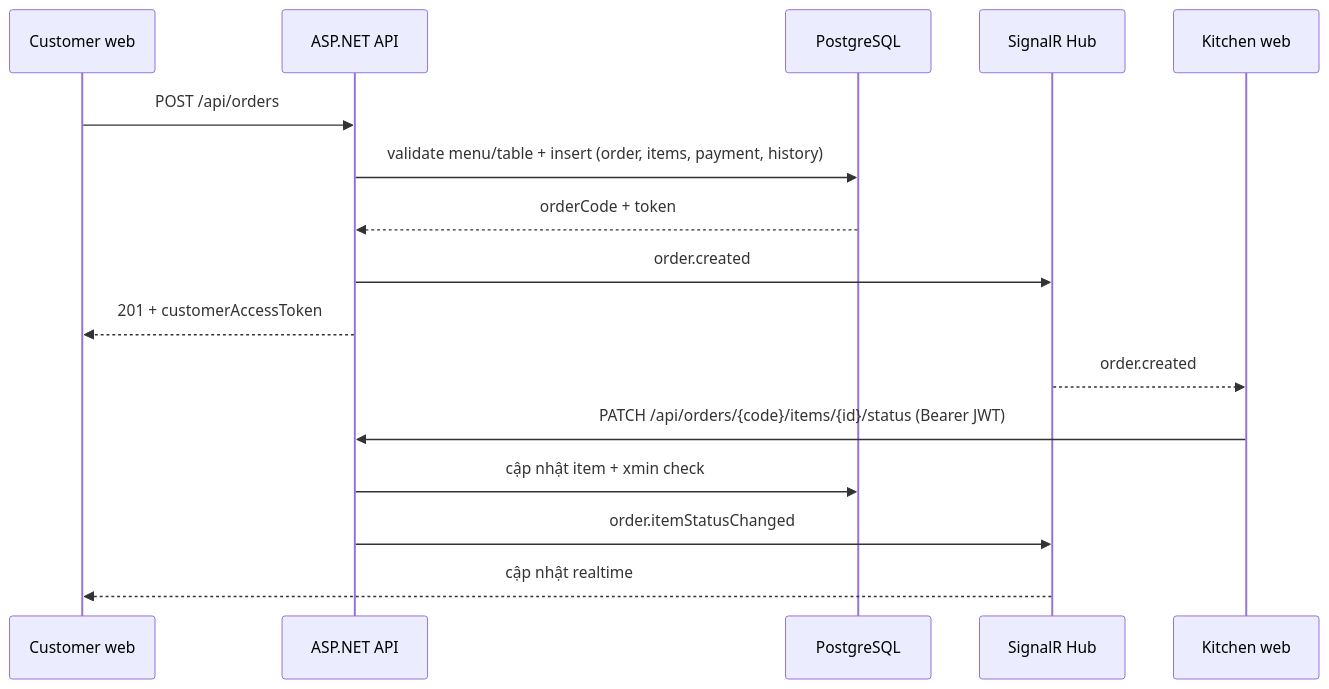
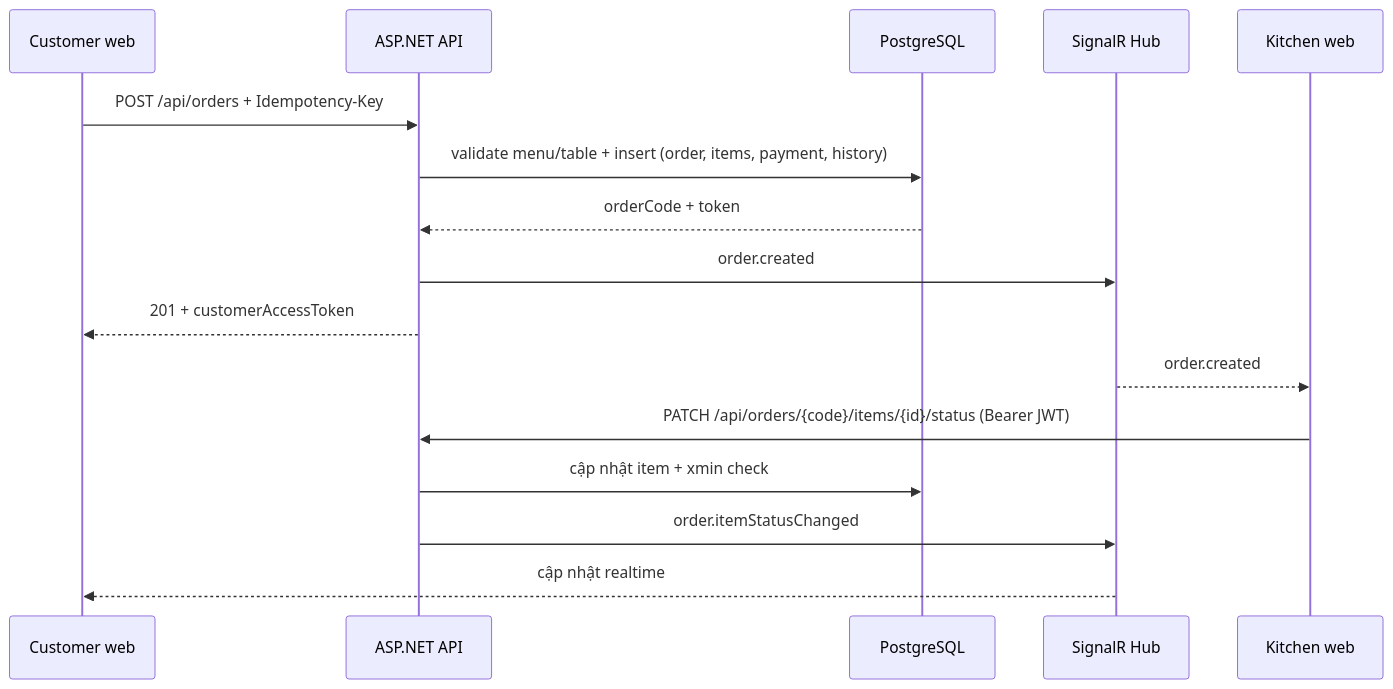
The ninth of 12 diagrams in docs/SYSTEM_ANALYSIS_DESIGN.md (Anpham120/restaurant-qr-ai-ordering), drawn with Mermaid before and after one commit. The commit also changed other lines of this file and 279 other files, not shown here.

Commit message:
feat: complete table QR ordering flow

````diff
--- a/docs/SYSTEM_ANALYSIS_DESIGN.md
+++ b/docs/SYSTEM_ANALYSIS_DESIGN.md
@@ -355,18 +355,18 @@
 ```mermaid
 sequenceDiagram
     participant C as Customer web
     participant API as ASP.NET API
     participant DB as PostgreSQL
     participant RT as SignalR Hub
     participant K as Kitchen web
-    C->>API: POST /api/orders
+    C->>API: POST /api/orders + Idempotency-Key
     API->>DB: validate menu/table + insert (order, items, payment, history)
     DB-->>API: orderCode + token
     API->>RT: order.created
     API-->>C: 201 + customerAccessToken
     RT-->>K: order.created
     K->>API: PATCH /api/orders/{code}/items/{id}/status (Bearer JWT)
     API->>DB: cập nhật item + xmin check
     API->>RT: order.itemStatusChanged
     RT-->>C: cập nhật realtime
 ```
````
